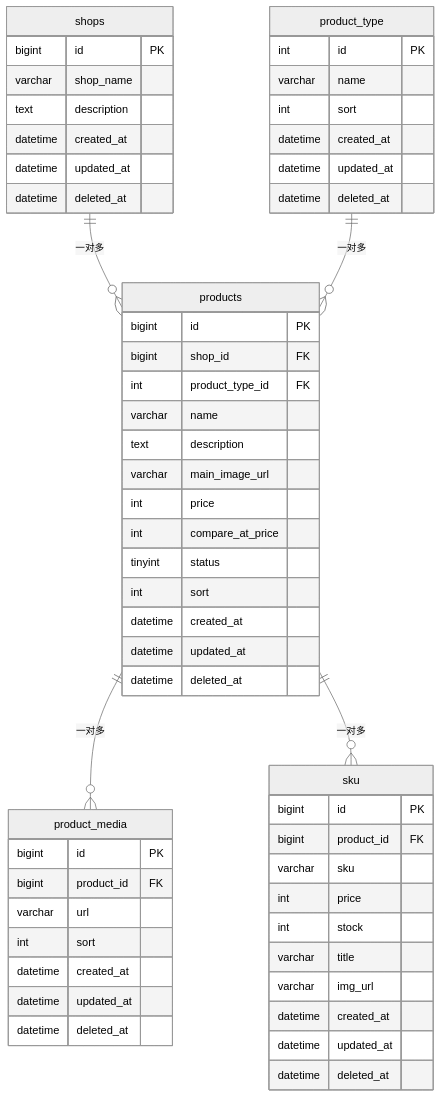
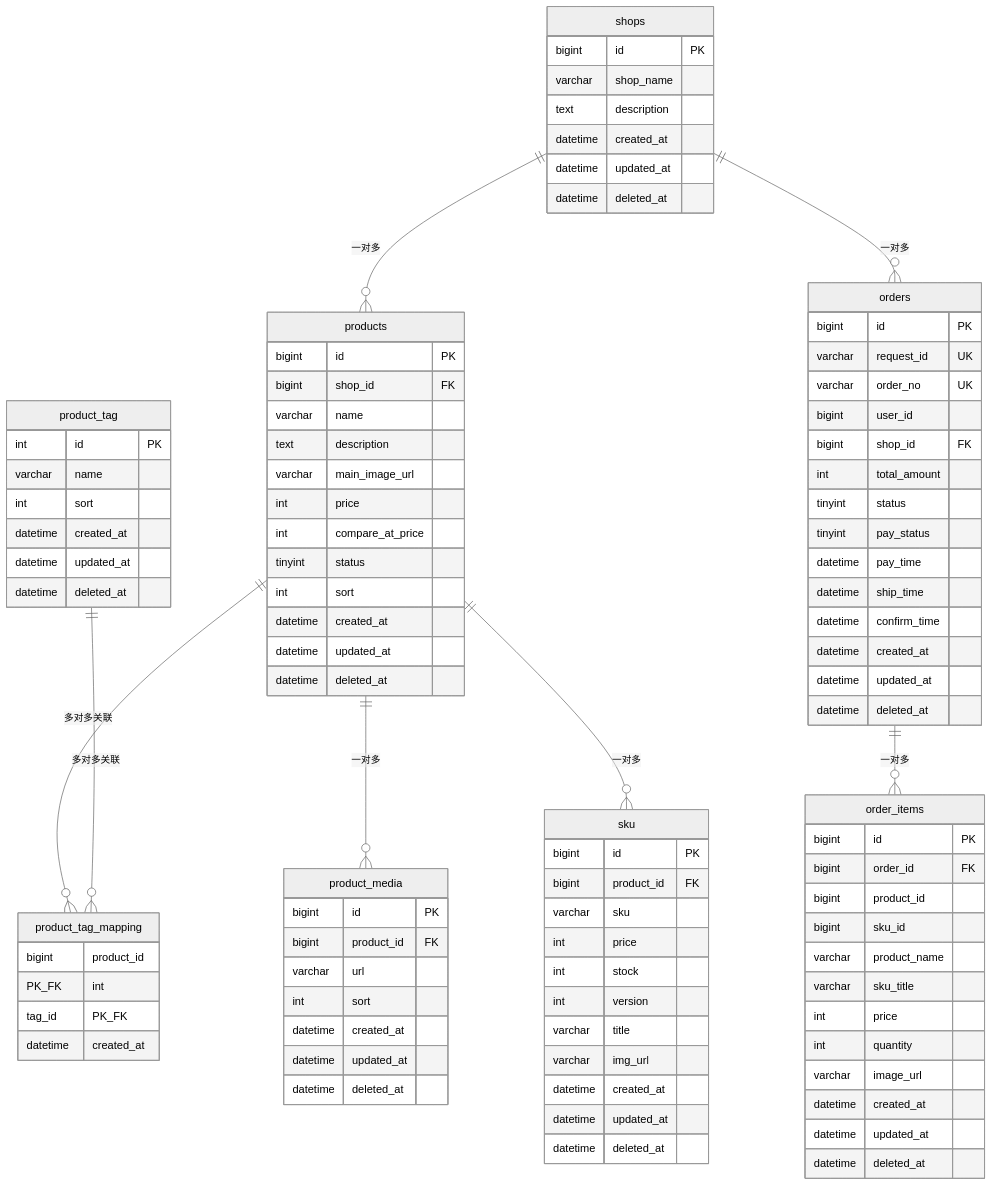
One commit to daitingwei/shoptest changed the diagram in 库表设计.md. Above: the diagram before and after it, drawn with Mermaid (neutral theme). The commit also changed other lines of this file and 26 other files, not shown here.

````diff
--- a/库表设计.md
+++ b/库表设计.md
@@ -191,9 +313,12 @@
 ```mermaid
 erDiagram
     shops ||--o{ products : "一对多"
-    product_type ||--o{ products : "一对多"
+    products ||--o{ product_tag_mapping : "多对多关联"
+    product_tag ||--o{ product_tag_mapping : "多对多关联"
     products ||--o{ product_media : "一对多"
     products ||--o{ sku : "一对多"
+    shops ||--o{ orders : "一对多"
+    orders ||--o{ order_items : "一对多"
 
     shops {
         bigint id PK
@@ -204,7 +329,7 @@
         datetime deleted_at
     }
 
-    product_type {
+    product_tag {
         int id PK
         varchar name
         int sort
@@ -216,7 +341,6 @@
     products {
         bigint id PK
         bigint shop_id FK
-        int product_type_id FK
         varchar name
         text description
         varchar main_image_url
@@ -239,16 +363,55 @@
         datetime deleted_at
     }
 
+    product_tag_mapping {
+        bigint product_id PK_FK
+        int tag_id PK_FK
+        datetime created_at
+    }
+
     sku {
         bigint id PK
         bigint product_id FK
         varchar sku
         int price
         int stock
+        int version
         varchar title
         varchar img_url
         datetime created_at
         datetime updated_at
         datetime deleted_at
     }
+
+    orders {
+        bigint id PK
+        varchar request_id UK
+        varchar order_no UK
+        bigint user_id
+        bigint shop_id FK
+        int total_amount
+        tinyint status
+        tinyint pay_status
+        datetime pay_time
+        datetime ship_time
+        datetime confirm_time
+        datetime created_at
+        datetime updated_at
+        datetime deleted_at
+    }
+
+    order_items {
+        bigint id PK
+        bigint order_id FK
+        bigint product_id
+        bigint sku_id
+        varchar product_name
+        varchar sku_title
+        int price
+        int quantity
+        varchar image_url
+        datetime created_at
+        datetime updated_at
+        datetime deleted_at
+    }
 ```
````
